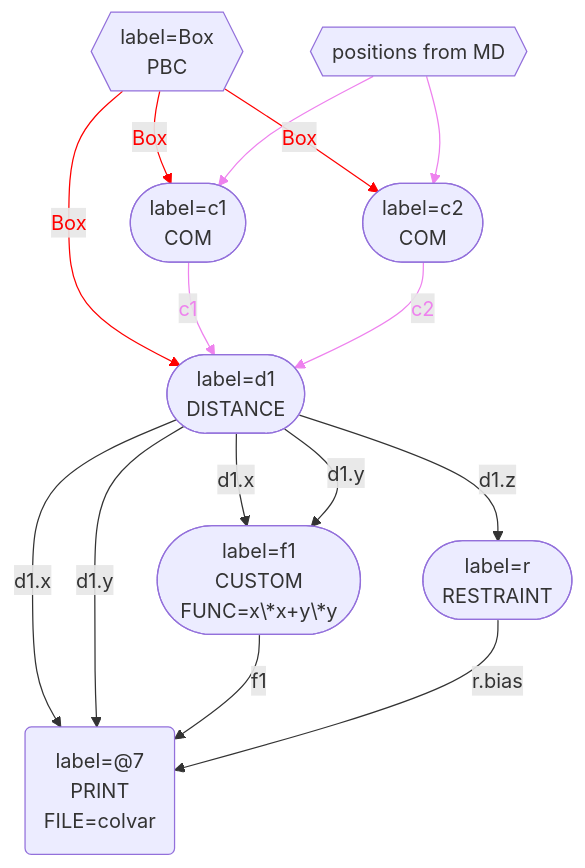
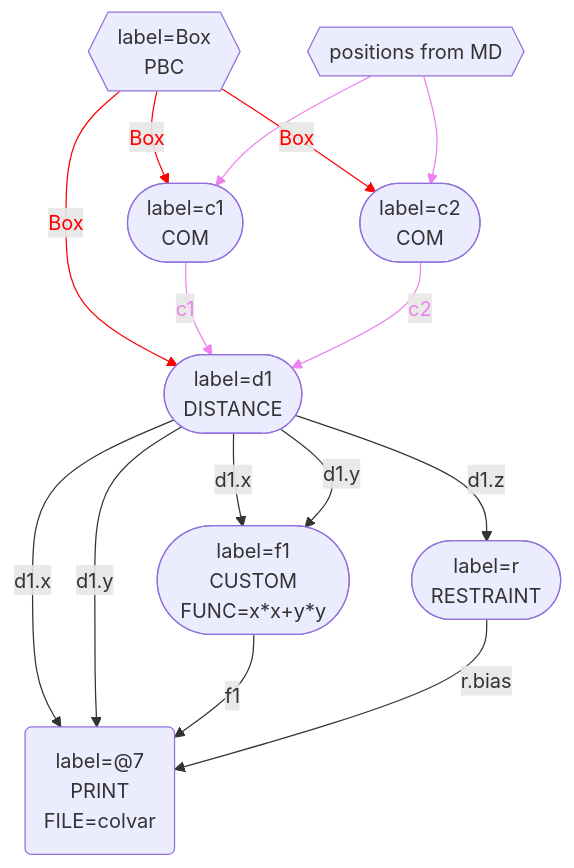
One commit to gtribello/plumed-thoughts changed the first of 2 diagrams in Graphs.md. Above: the diagram before and after it, drawn with Mermaid. The commit also changed other lines of this file and 1 other file, not shown here.

Commit message:
Fixed some small things in graphs

````diff
--- a/Graphs.md
+++ b/Graphs.md
@@ -29,42 +29,41 @@
 ```mermaid
 flowchart TB
-MD{{positions from MD}}
-Box{{"`label=Box 
- PBC
-`"}}
+MD{{"positions from MD"}}
+Box{{"label=Box 
+ PBC"}}
 Box -- Box --> c1
 linkStyle 0 stroke:red,color:red;
 MD --> c1
 linkStyle 1 stroke:violet,color:violet;
 c1(["label=c1
  COM"])
 Box -- Box --> c2
 linkStyle 2 stroke:red,color:red;
 MD --> c2
 linkStyle 3 stroke:violet,color:violet;
 c2(["label=c2
  COM"])
 Box -- Box --> d1
 linkStyle 4 stroke:red,color:red;
 c1 -- c1 --> d1
 linkStyle 5 stroke:violet,color:violet;
 c2 -- c2 --> d1
 linkStyle 6 stroke:violet,color:violet;
 d1(["label=d1
  DISTANCE"])
 d1 -- d1.z --> r
 r(["label=r
  RESTRAINT"])
 d1 -- d1.x --> f1
 d1 -- d1.y --> f1
 f1(["label=f1
  CUSTOM
-FUNC=x\*x+y\*y"])
+FUNC=x*x+y*y"])
 d1 -- d1.x --> 7
 d1 -- d1.y --> 7
 f1 -- f1 --> 7
 r -- r.bias --> 7
 7("label=#64;7
  PRINT
 FILE=colvar")
 ```
````
